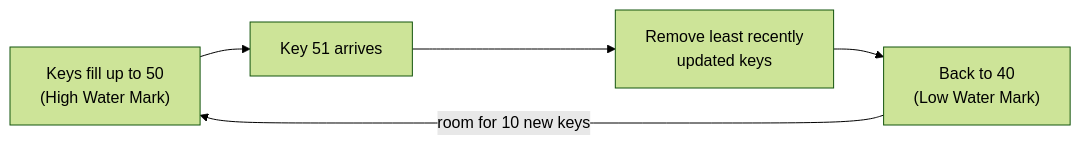
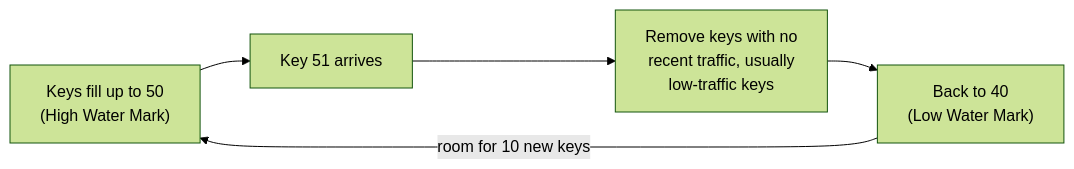
One commit to trisulnsm/dinodoc changed the fifth of 9 diagrams in trisuldocs/docs/guide/ag/context/countergroup_tuning.md. Above: the diagram before and after it, drawn with Mermaid (forest theme). The commit also changed other lines of this file, not shown here.

````diff
--- a/trisuldocs/docs/guide/ag/context/countergroup_tuning.md
+++ b/trisuldocs/docs/guide/ag/context/countergroup_tuning.md
@@ -155,7 +155,7 @@
 ```mermaid
 flowchart LR
   F["Keys fill up to 50<br/>(High Water Mark)"] --> O["Key 51 arrives"]
-  O --> P["Remove least recently<br/>updated keys"]
+  O --> P["Remove keys with no<br/>recent traffic, usually<br/>low-traffic keys"]
   P --> L["Back to 40<br/>(Low Water Mark)"]
   L -->|"room for 10 new keys"| F
 ```
````
